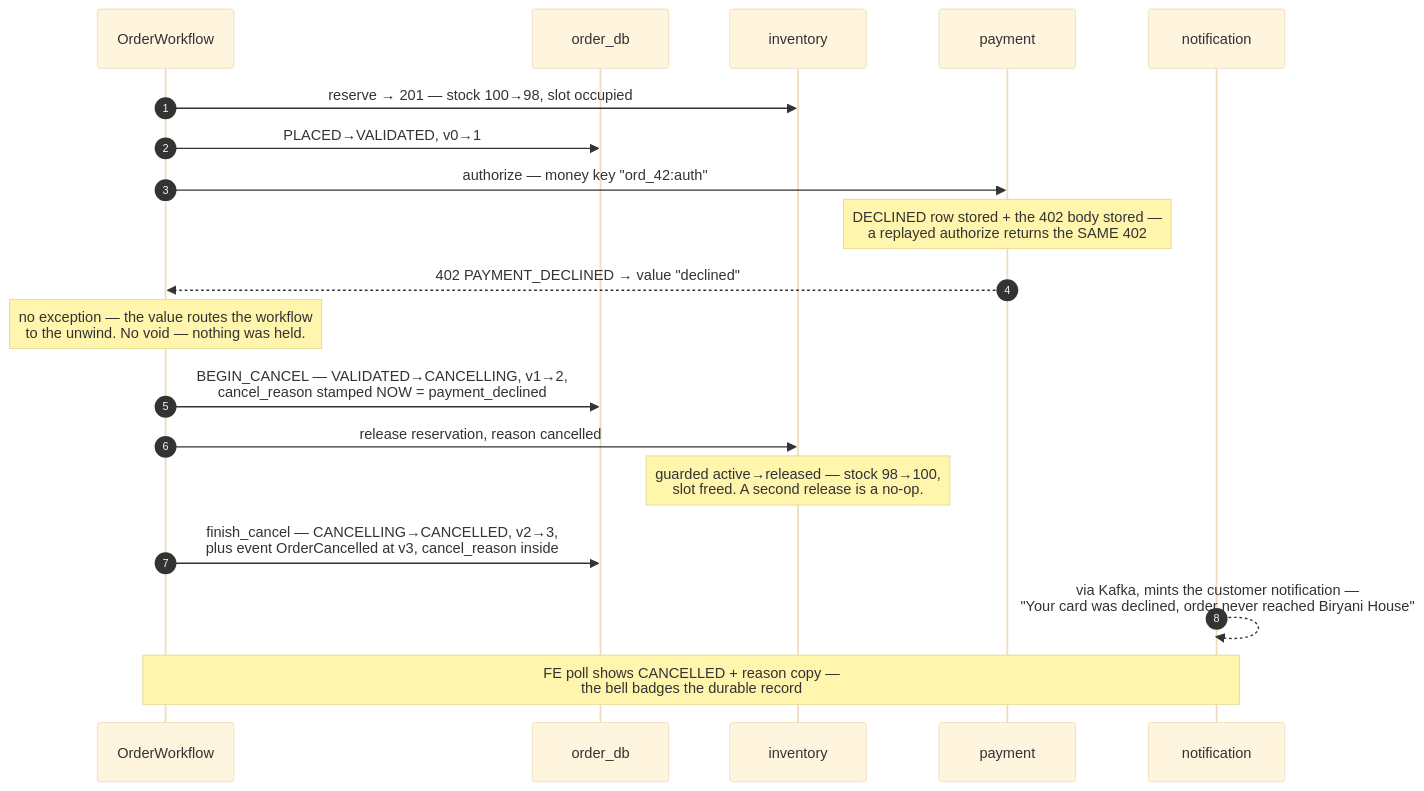
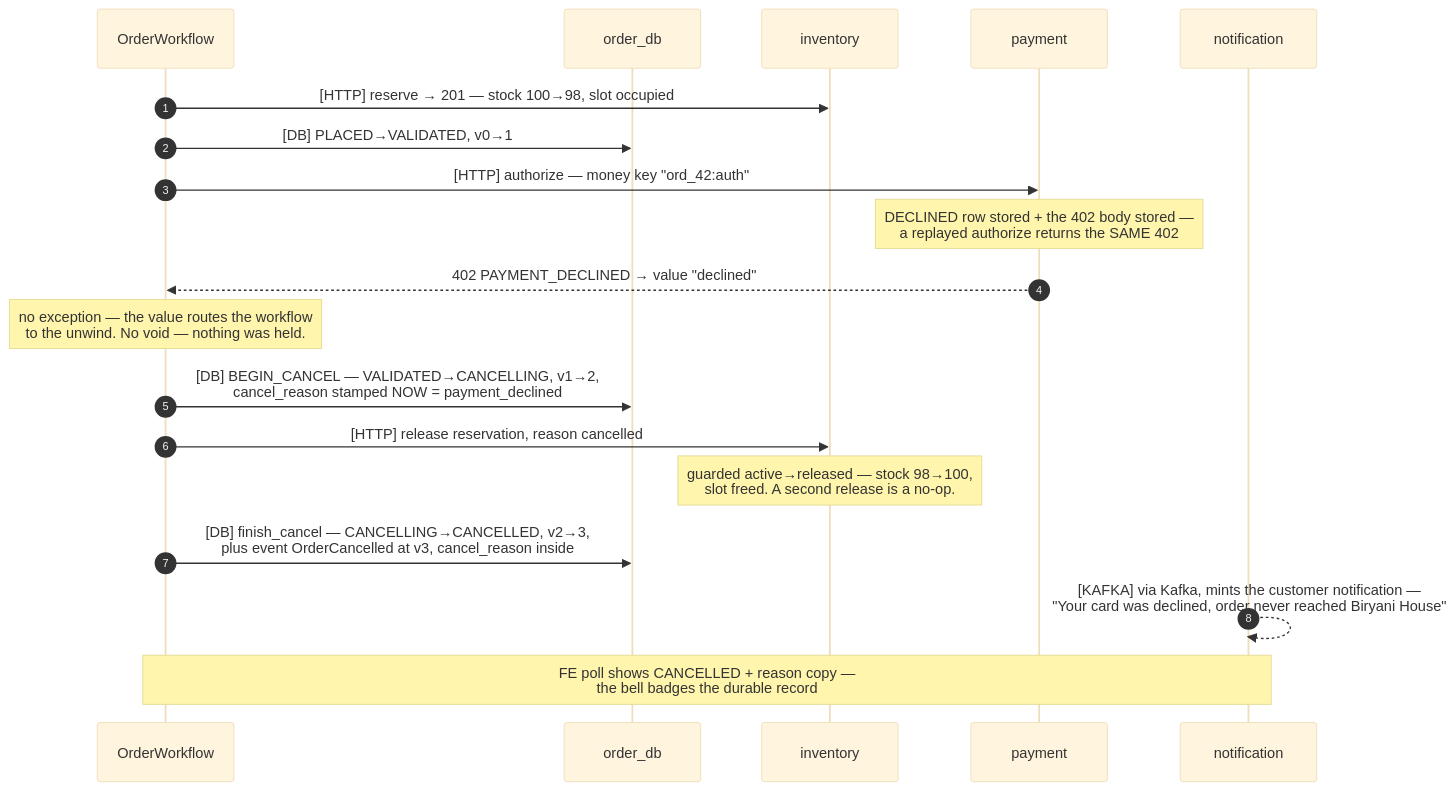
One commit to Aizazahmed-7/SmartFoodOps changed the third of 6 diagrams in docs/flows.md. Above: the diagram before and after it, drawn with Mermaid (base theme). The commit also changed other lines of this file, not shown here.

````diff
--- a/docs/flows.md
+++ b/docs/flows.md
@@ -114,22 +135,22 @@
 ```mermaid
 sequenceDiagram
     autonumber
     participant W as OrderWorkflow
     participant DB as order_db
     participant INV as inventory
     participant PAY as payment
     participant N as notification
 
-    W->>INV: reserve → 201 — stock 100→98, slot occupied
-    W->>DB: PLACED→VALIDATED, v0→1
-    W->>PAY: authorize — money key "ord_42:auth"
+    W->>INV: [HTTP] reserve → 201 — stock 100→98, slot occupied
+    W->>DB: [DB] PLACED→VALIDATED, v0→1
+    W->>PAY: [HTTP] authorize — money key "ord_42:auth"
     Note over PAY: DECLINED row stored + the 402 body stored —<br/>a replayed authorize returns the SAME 402
     PAY-->>W: 402 PAYMENT_DECLINED → value "declined"
     Note over W: no exception — the value routes the workflow<br/>to the unwind. No void — nothing was held.
-    W->>DB: BEGIN_CANCEL — VALIDATED→CANCELLING, v1→2,<br/>cancel_reason stamped NOW = payment_declined
-    W->>INV: release reservation, reason cancelled
+    W->>DB: [DB] BEGIN_CANCEL — VALIDATED→CANCELLING, v1→2,<br/>cancel_reason stamped NOW = payment_declined
+    W->>INV: [HTTP] release reservation, reason cancelled
     Note over INV: guarded active→released — stock 98→100,<br/>slot freed. A second release is a no-op.
-    W->>DB: finish_cancel — CANCELLING→CANCELLED, v2→3,<br/>plus event OrderCancelled at v3, cancel_reason inside
-    N-->>N: via Kafka, mints the customer notification —<br/>"Your card was declined, order never reached Biryani House"
+    W->>DB: [DB] finish_cancel — CANCELLING→CANCELLED, v2→3,<br/>plus event OrderCancelled at v3, cancel_reason inside
+    N-->>N: [KAFKA] via Kafka, mints the customer notification —<br/>"Your card was declined, order never reached Biryani House"
     Note over W,N: FE poll shows CANCELLED + reason copy —<br/>the bell badges the durable record
 ```
````
